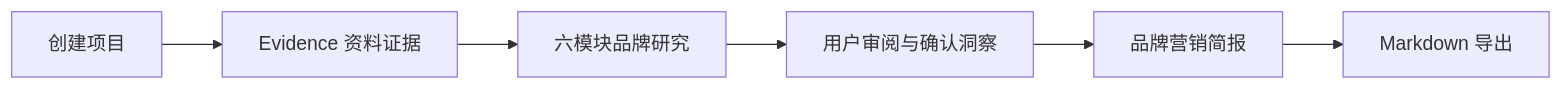
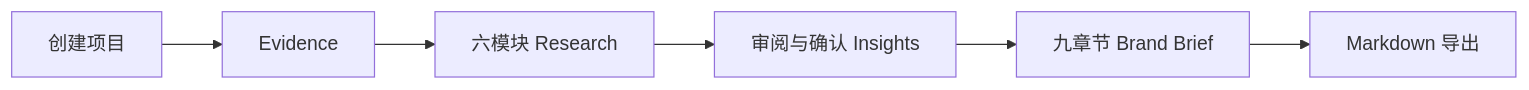
One commit to zhaoxiaoxi666888-tech/brandscope changed the first of 2 diagrams in README.md. Above: the diagram before and after it, drawn with Mermaid. The commit also changed other lines of this file and 13 other files, not shown here.

````diff
--- a/README.md
+++ b/README.md
@@ -25,8 +35,8 @@
 ```mermaid
 flowchart LR
-  A["创建项目"] --> B["Evidence 资料证据"]
-  B --> C["六模块品牌研究"]
-  C --> D["用户审阅与确认洞察"]
-  D --> E["品牌营销简报"]
+  A["创建项目"] --> B["Evidence"]
+  B --> C["六模块 Research"]
+  C --> D["审阅与确认 Insights"]
+  D --> E["九章节 Brand Brief"]
   E --> F["Markdown 导出"]
 ```
````
